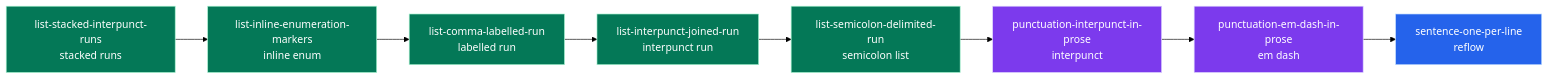
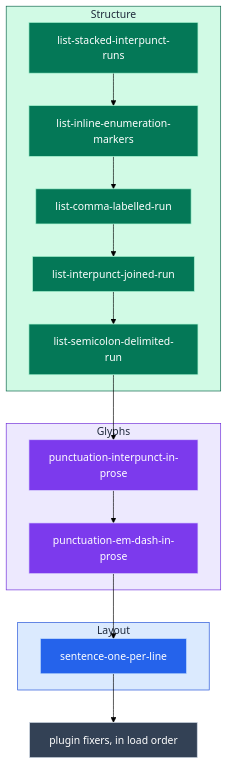
Before and after one commit to jpeakai/jpai-prose-gates: diagram 15 of 19 in docs/DATA_MODEL.md, drawn with Mermaid (forest theme). The commit also changed other lines of this file, not shown here.

First line of the commit message:
docs: recalibrate the DATA_MODEL diagrams for portable rendering, dual density

````diff
--- a/docs/DATA_MODEL.md
+++ b/docs/DATA_MODEL.md
@@ -385,17 +506,26 @@
 ```mermaid
-flowchart LR
-    P9["list-stacked-interpunct-runs<br/>stacked runs"]:::list
-    P7["list-inline-enumeration-markers<br/>inline enum"]:::list
-    P8["list-comma-labelled-run<br/>labelled run"]:::list
-    P6["list-interpunct-joined-run<br/>interpunct run"]:::list
-    P3["list-semicolon-delimited-run<br/>semicolon list"]:::list
-    P5["punctuation-interpunct-in-prose<br/>interpunct"]:::punc
-    P4["punctuation-em-dash-in-prose<br/>em dash"]:::punc
-    P1["sentence-one-per-line<br/>reflow"]:::sent
+flowchart TB
+    subgraph structure["Structure"]
+        P9["list-stacked-interpunct-runs"]:::list --> P7["list-inline-enumeration-markers"]:::list --> P8["list-comma-labelled-run"]:::list --> P6["list-interpunct-joined-run"]:::list --> P3["list-semicolon-delimited-run"]:::list
+    end
+    subgraph glyphs["Glyphs"]
+        P5["punctuation-interpunct-in-prose"]:::punc --> P4["punctuation-em-dash-in-prose"]:::punc
+    end
+    subgraph layout["Layout"]
+        P1["sentence-one-per-line"]:::sent
+    end
+    PLG["plugin fixers, in load order"]:::ext
 
-    P9 --> P7 --> P8 --> P6 --> P3 --> P5 --> P4 --> P1
+    P3 --> P5
+    P4 --> P1
+    P1 --> PLG
 
     classDef list fill:#047857,stroke:#a7f3d0,color:#ffffff
     classDef punc fill:#7c3aed,stroke:#ddd6fe,color:#ffffff
     classDef sent fill:#2563eb,stroke:#bfdbfe,color:#ffffff
+    classDef ext  fill:#334155,stroke:#cbd5e1,color:#ffffff
+
+    style structure fill:#d1fae5,stroke:#065f46,color:#1e293b
+    style glyphs fill:#ede9fe,stroke:#6d28d9,color:#1e293b
+    style layout fill:#dbeafe,stroke:#1d4ed8,color:#1e293b
 ```
````
